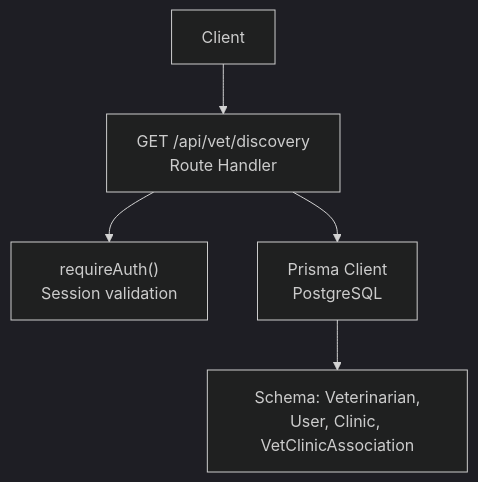
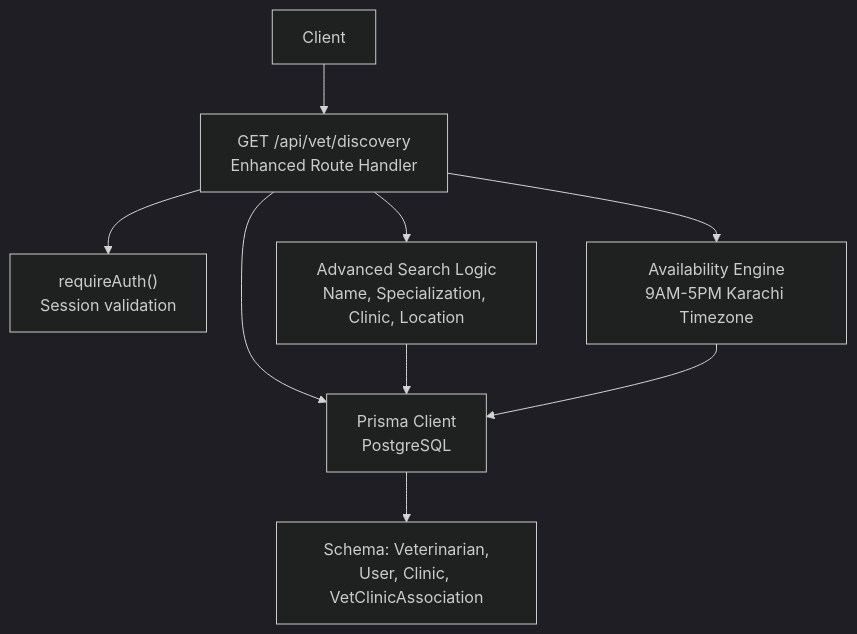
One commit to Javeria-Javaid/ai-powered-pet-healthcare-ecosystem changed the first of 4 diagrams in .qoder/repowiki/en/content/API Reference/Veterinary Tools API/Veterinarian Discovery API.md. Above: the diagram before and after it, drawn with Mermaid (dark theme). The commit also changed other lines of this file and 48 other files, not shown here.

````diff
--- a/.qoder/repowiki/en/content/API Reference/Veterinary Tools API/Veterinarian Discovery API.md
+++ b/.qoder/repowiki/en/content/API Reference/Veterinary Tools API/Veterinarian Discovery API.md
@@ -29,7 +38,11 @@
 ```mermaid
 graph TB
-Client["Client"] --> API["GET /api/vet/discovery<br/>Route Handler"]
+Client["Client"] --> API["GET /api/vet/discovery<br/>Enhanced Route Handler"]
 API --> Auth["requireAuth()<br/>Session validation"]
+API --> Search["Advanced Search Logic<br/>Name, Specialization, Clinic, Location"]
+API --> Availability["Availability Engine<br/>9AM-5PM Karachi Timezone"]
 API --> DB["Prisma Client<br/>PostgreSQL"]
 DB --> Schema["Schema: Veterinarian,<br/>User, Clinic, VetClinicAssociation"]
+Search --> DB
+Availability --> DB
 ```
````
